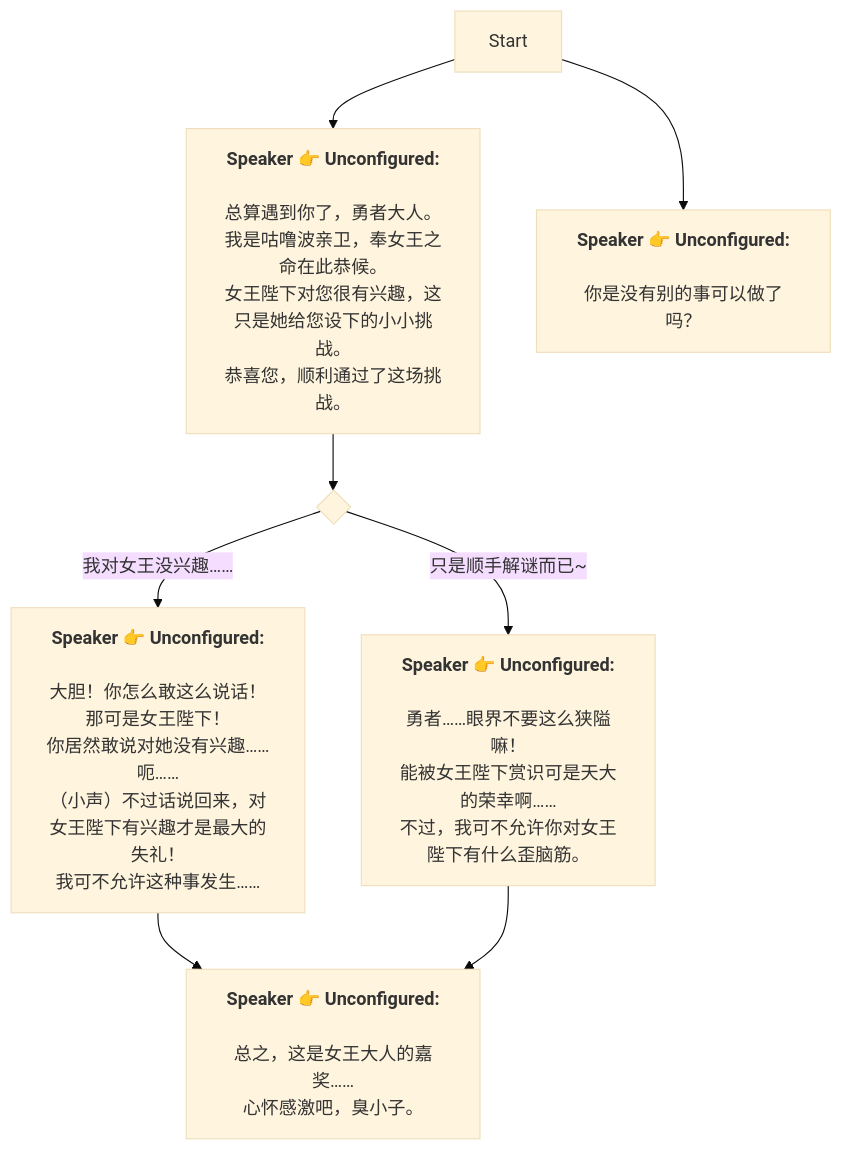
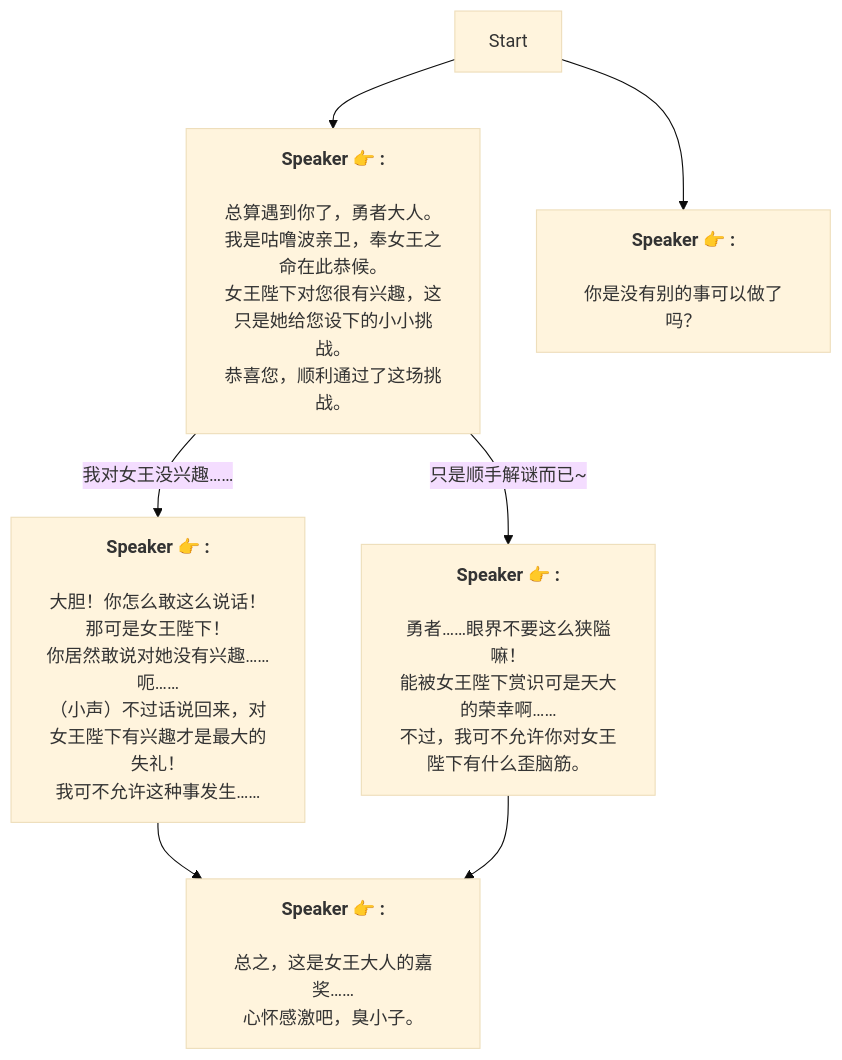
One commit to SoftHu/tos_avg changed the diagram in Zh/GLP_3.md. Above: the diagram before and after it, drawn with Mermaid (base theme). The commit also changed 737 other files, not shown here.

````diff
--- a/Zh/GLP_3.md
+++ b/Zh/GLP_3.md
@@ -1,35 +1,26 @@
 ```mermaid
 graph
-Start -->1719159014612000[<b>Speaker 👉 Unconfigured:</b>
-
-总算遇到你了，勇者大人。
-我是咕噜波亲卫，奉女王之命在此恭候。
-女王陛下对您很有兴趣，这只是她给您设下的小小挑战。
+Start -->1719159014612000[<b>Speaker 👉 :</b>
+\n总算遇到你了，勇者大人。
+我是咕噜波亲卫，奉女王之命在此恭候。\n女王陛下对您很有兴趣，这只是她给您设下的小小挑战。
 恭喜您，顺利通过了这场挑战。]
-1719159014612000 -->1719160430499873{ }
-1719160430499873 -->|我对女王没兴趣……|1719161269123110[<b>Speaker 👉 Unconfigured:</b>
-
-大胆！你怎么敢这么说话！
+1719159014612000 -->|我对女王没兴趣……|1719161269123110[<b>Speaker 👉 :</b>
+\n大胆！你怎么敢这么说话！
 那可是女王陛下！
-你居然敢说对她没有兴趣……
-呃……
+你居然敢说对她没有兴趣……\n呃……
 （小声）不过话说回来，对女王陛下有兴趣才是最大的失礼！
 我可不允许这种事发生……]
-1719160430499873 -->|只是顺手解谜而已~|1719161275267111[<b>Speaker 👉 Unconfigured:</b>
-
-勇者……眼界不要这么狭隘嘛！
+1719159014612000 -->|只是顺手解谜而已~|1719161275267111[<b>Speaker 👉 :</b>
+\n勇者……眼界不要这么狭隘嘛！
 能被女王陛下赏识可是天大的荣幸啊……
 不过，我可不允许你对女王陛下有什么歪脑筋。]
-1719161269123110 -->1719163380421672[<b>Speaker 👉 Unconfigured:</b>
+1719161269123110 -->1719163380421672[<b>Speaker 👉 :</b>
+\n总之，这是女王大人的嘉奖……
+心怀感激吧，臭小子。]
+1719161275267111 -->1719163380421672[<b>Speaker 👉 :</b>
+\n总之，这是女王大人的嘉奖……
+心怀感激吧，臭小子。]
+Start -->1724023392865331[<b>Speaker 👉 :</b>
+\n你是没有别的事可以做了吗？]
 
-总之，这是女王大人的嘉奖……
-心怀感激吧，臭小子。]
-1719161275267111 -->1719163380421672[<b>Speaker 👉 Unconfigured:</b>
-
-总之，这是女王大人的嘉奖……
-心怀感激吧，臭小子。]
-Start -->1724023392865331[<b>Speaker 👉 Unconfigured:</b>
-
-你是没有别的事可以做了吗？]
-
- ```
+```
````
